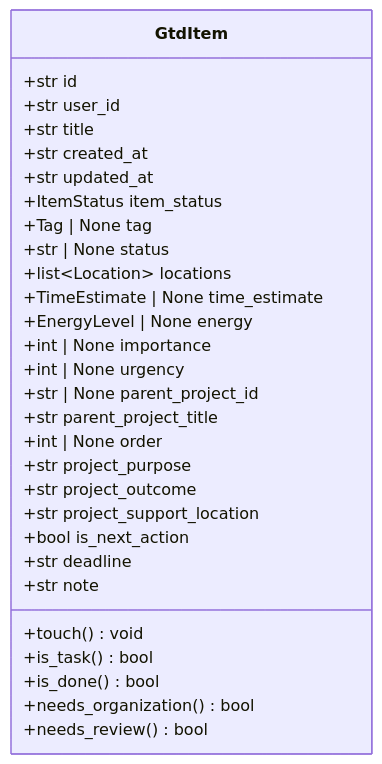
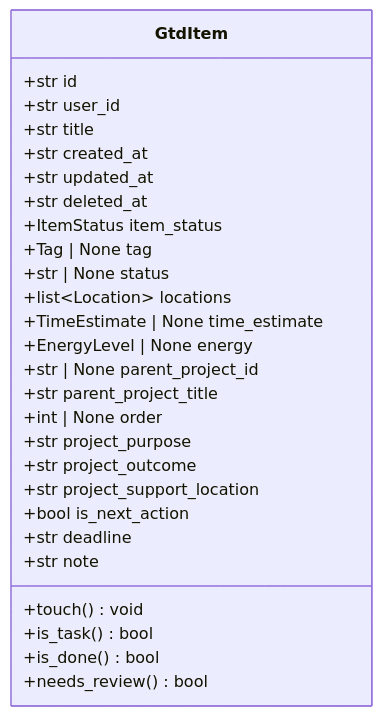
The second of 7 diagrams in docs/design/architecture.md (teppei19980914/Defrago), drawn with Mermaid before and after one commit. The commit also changed other lines of this file and 5 other files, not shown here.

````diff
--- a/docs/design/architecture.md
+++ b/docs/design/architecture.md
@@ -110,32 +121,30 @@
 ```mermaid
 classDiagram
     class GtdItem {
         +str id
         +str user_id
         +str title
         +str created_at
         +str updated_at
+        +str deleted_at
         +ItemStatus item_status
         +Tag | None tag
         +str | None status
         +list~Location~ locations
         +TimeEstimate | None time_estimate
         +EnergyLevel | None energy
-        +int | None importance
-        +int | None urgency
         +str | None parent_project_id
         +str parent_project_title
         +int | None order
         +str project_purpose
         +str project_outcome
         +str project_support_location
         +bool is_next_action
         +str deadline
         +str note
         +touch() void
         +is_task() bool
         +is_done() bool
-        +needs_organization() bool
         +needs_review() bool
     }
 ```
````
